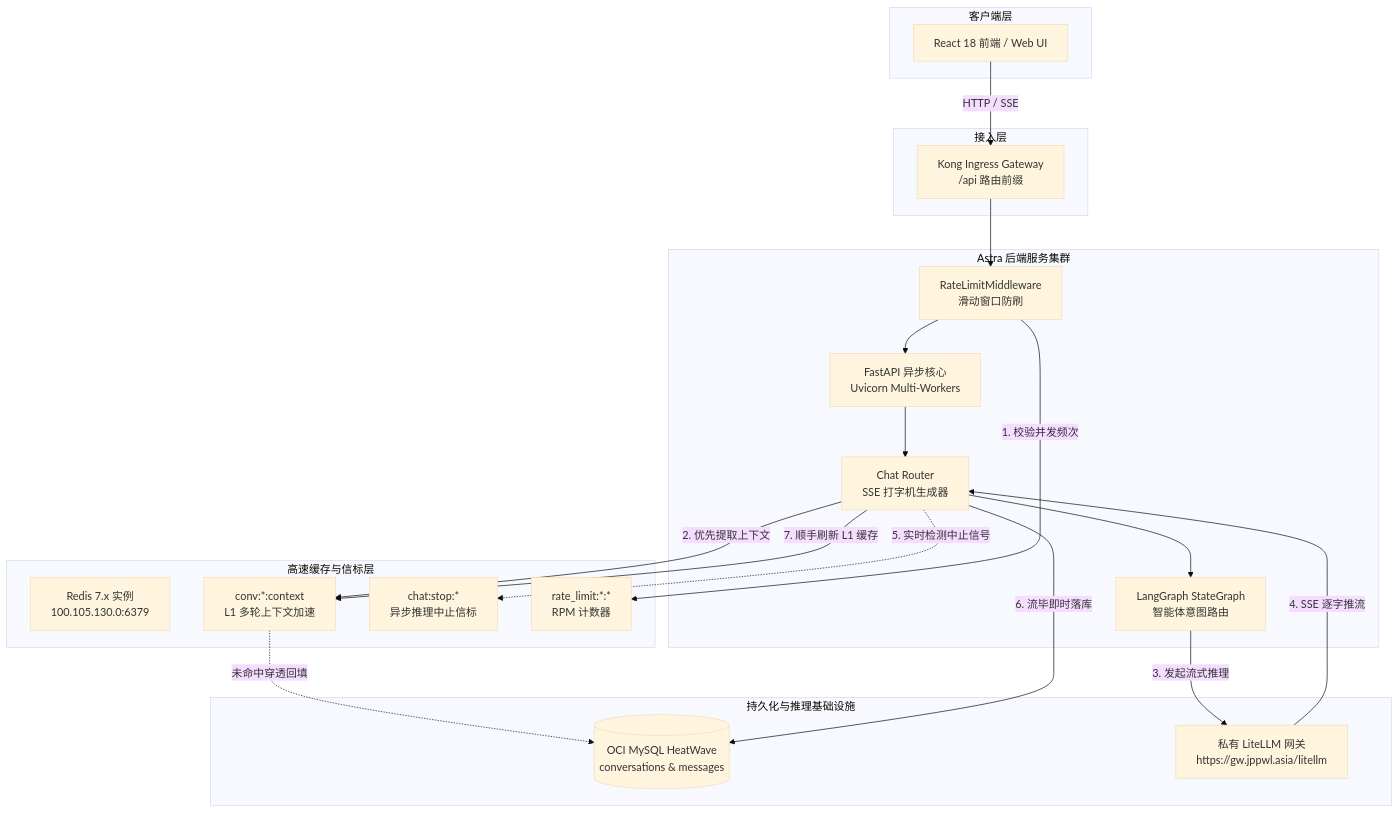
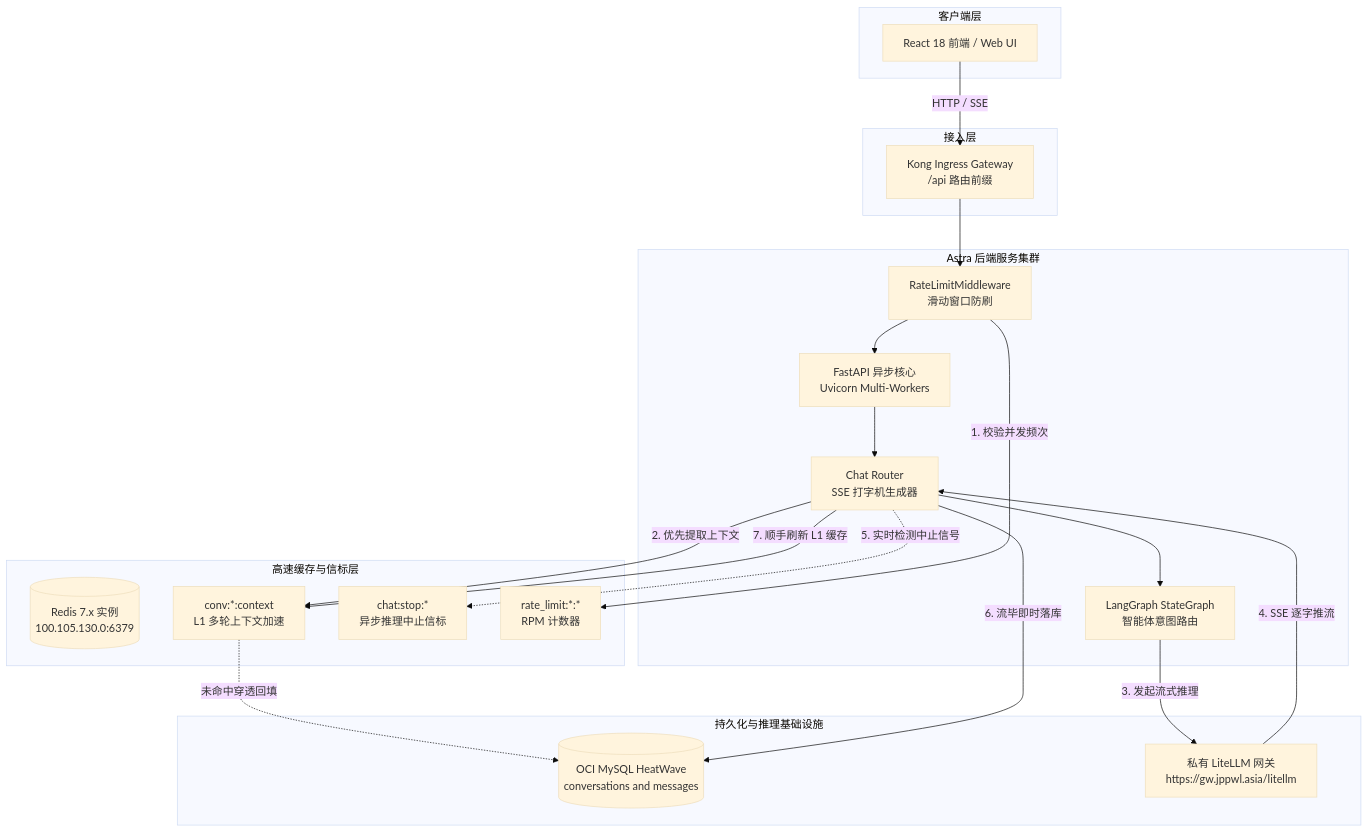
The first of 5 diagrams in blogs/how-we-use-redis-for-llm-chat-backend.md (nvd11/astra), drawn with Mermaid (base theme) before and after one commit. The commit also changed other lines of this file, not shown here.

Commit message:
docs(blog): fix mermaid flowchart node label syntax with strict quotes

````diff
--- a/blogs/how-we-use-redis-for-llm-chat-backend.md
+++ b/blogs/how-we-use-redis-for-llm-chat-backend.md
@@ -17,43 +17,43 @@
 ```mermaid
 flowchart TB
-    subgraph ClientLayer [客户端层]
-        WebUI[React 18 前端 / Web UI]
+    subgraph ClientLayer ["客户端层"]
+        WebUI["React 18 前端 / Web UI"]
     end
 
-    subgraph GatewayLayer [接入层]
-        Kong[Kong Ingress Gateway<br/>/api 路由前缀]
+    subgraph GatewayLayer ["接入层"]
+        Kong["Kong Ingress Gateway<br/>/api 路由前缀"]
     end
 
-    subgraph ServiceLayer [Astra 后端服务集群]
-        FastAPI[FastAPI 异步核心<br/>Uvicorn Multi-Workers]
-        RateLimit[RateLimitMiddleware<br/>滑动窗口防刷]
-        Router[Chat Router<br/>SSE 打字机生成器]
-        AgentGraph[LangGraph StateGraph<br/>智能体意图路由]
+    subgraph ServiceLayer ["Astra 后端服务集群"]
+        FastAPI["FastAPI 异步核心<br/>Uvicorn Multi-Workers"]
+        RateLimit["RateLimitMiddleware<br/>滑动窗口防刷"]
+        Router["Chat Router<br/>SSE 打字机生成器"]
+        AgentGraph["LangGraph StateGraph<br/>智能体意图路由"]
     end
 
-    subgraph CacheLayer [高速缓存与信标层]
-        Redis[Redis 7.x 实例<br/>100.105.130.0:6379]
-        L1Cache[conv:*:context<br/>L1 多轮上下文加速]
-        StopSignal[chat:stop:*<br/>异步推理中止信标]
-        RateLimitKey[rate_limit:*:*<br/>RPM 计数器]
+    subgraph CacheLayer ["高速缓存与信标层"]
+        Redis[("Redis 7.x 实例<br/>100.105.130.0:6379")]
+        L1Cache["conv:*:context<br/>L1 多轮上下文加速"]
+        StopSignal["chat:stop:*<br/>异步推理中止信标"]
+        RateLimitKey["rate_limit:*:*<br/>RPM 计数器"]
     end
 
-    subgraph PersistentLayer [持久化与推理基础设施]
-        MySQL[(OCI MySQL HeatWave<br/>conversations & messages)]
-        LiteLLM[私有 LiteLLM 网关<br/>https://gw.jppwl.asia/litellm]
+    subgraph PersistentLayer ["持久化与推理基础设施"]
+        MySQL[("OCI MySQL HeatWave<br/>conversations and messages")]
+        LiteLLM["私有 LiteLLM 网关<br/>https://gw.jppwl.asia/litellm"]
     end
 
     WebUI -->|HTTP / SSE| Kong
     Kong --> RateLimit
-    RateLimit -->|1. 校验并发频次| RateLimitKey
+    RateLimit -->|"1. 校验并发频次"| RateLimitKey
     RateLimit --> FastAPI
     FastAPI --> Router
-    Router -->|2. 优先提取上下文| L1Cache
-    L1Cache -.->|未命中穿透回填| MySQL
+    Router -->|"2. 优先提取上下文"| L1Cache
+    L1Cache -.->|"未命中穿透回填"| MySQL
     Router --> AgentGraph
-    AgentGraph -->|3. 发起流式推理| LiteLLM
-    LiteLLM -->|4. SSE 逐字推流| Router
-    Router -.->|5. 实时检测中止信号| StopSignal
-    Router -->|6. 流毕即时落库| MySQL
-    Router -->|7. 顺手刷新 L1 缓存| L1Cache
+    AgentGraph -->|"3. 发起流式推理"| LiteLLM
+    LiteLLM -->|"4. SSE 逐字推流"| Router
+    Router -.->|"5. 实时检测中止信号"| StopSignal
+    Router -->|"6. 流毕即时落库"| MySQL
+    Router -->|"7. 顺手刷新 L1 缓存"| L1Cache
 ```
````
